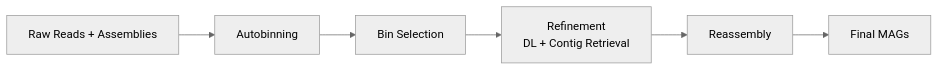
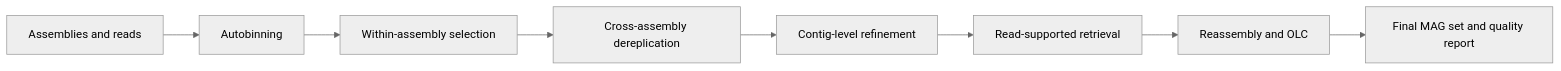
Before and after one commit to EMBL-PKU/BASALT: the diagram in BASALT_Guide/docs/pipeline.md, drawn with Mermaid (neutral theme). The commit also changed other lines of this file and 32 other files, not shown here.

Commit message:
Refactor application architecture and streamline implementation

````diff
--- a/BASALT_Guide/docs/pipeline.md
+++ b/BASALT_Guide/docs/pipeline.md
@@ -5,8 +5,10 @@
 ```mermaid
 flowchart LR
-    A[Raw Reads + Assemblies] --> B[Autobinning]
-    B --> C[Bin Selection]
-    C --> D[Refinement<br/>DL + Contig Retrieval]
-    D --> E[Reassembly]
-    E --> F[Final MAGs]
+    A["Assemblies and reads"] --> B["Autobinning"]
+    B --> C["Within-assembly selection"]
+    C --> D["Cross-assembly dereplication"]
+    D --> E["Contig-level refinement"]
+    E --> F["Read-supported retrieval"]
+    F --> G["Reassembly and OLC"]
+    G --> H["Final MAG set and quality report"]
 ```
````
